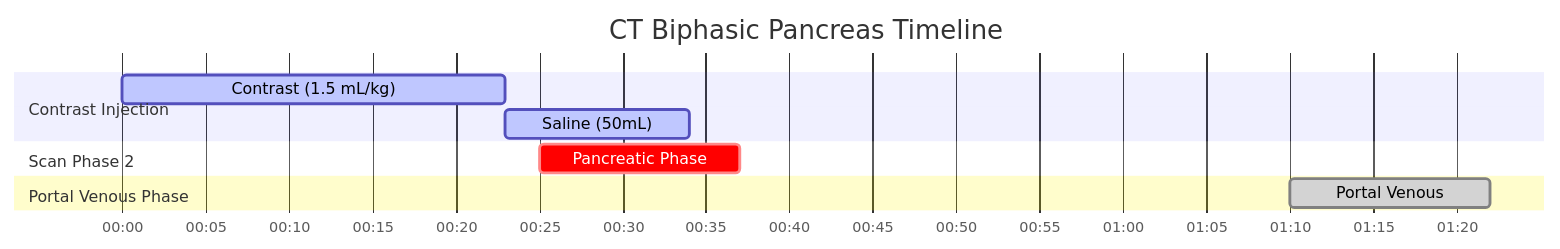
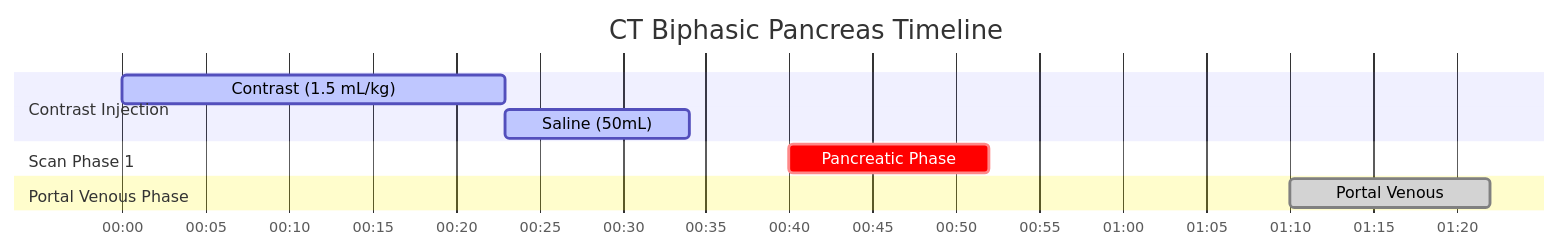
Before and after one commit to dfergs93/radiology-protocols: the diagram in docs/ct/abdomen/ct-biphasic-pancreas.md, drawn with Mermaid. The commit also changed 79 other files, not shown here.

````diff
--- a/docs/ct/abdomen/ct-biphasic-pancreas.md
+++ b/docs/ct/abdomen/ct-biphasic-pancreas.md
@@ -85,18 +85,18 @@
   ```mermaid
   ---
   config:
     theme: default
   ---
     gantt
       title CT Biphasic Pancreas Timeline
       dateFormat mm:ss
       axisFormat %M:%S 
       
       section Contrast Injection
       Contrast (1.5 mL/kg)    :active, contrast, 00:00, 23s
       Saline (50mL)          :active, saline, after contrast, 11s
-      section Scan Phase 2
-      Pancreatic Phase    :crit, scan2, 00:25, 12s
+      section Scan Phase 1
+      Pancreatic Phase    :crit, scan1, 00:40, 12s
       section Portal Venous Phase
-      Portal Venous    :done, scan3, 01:10, 12s
+      Portal Venous    :done, scan2, 01:10, 12s
   ```
````
